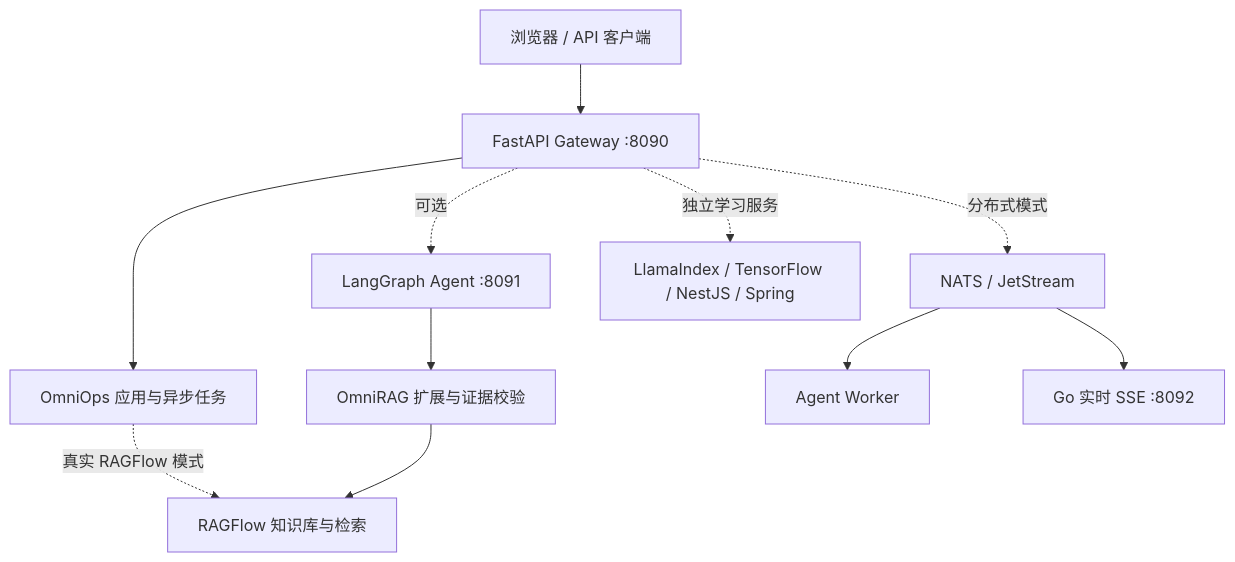
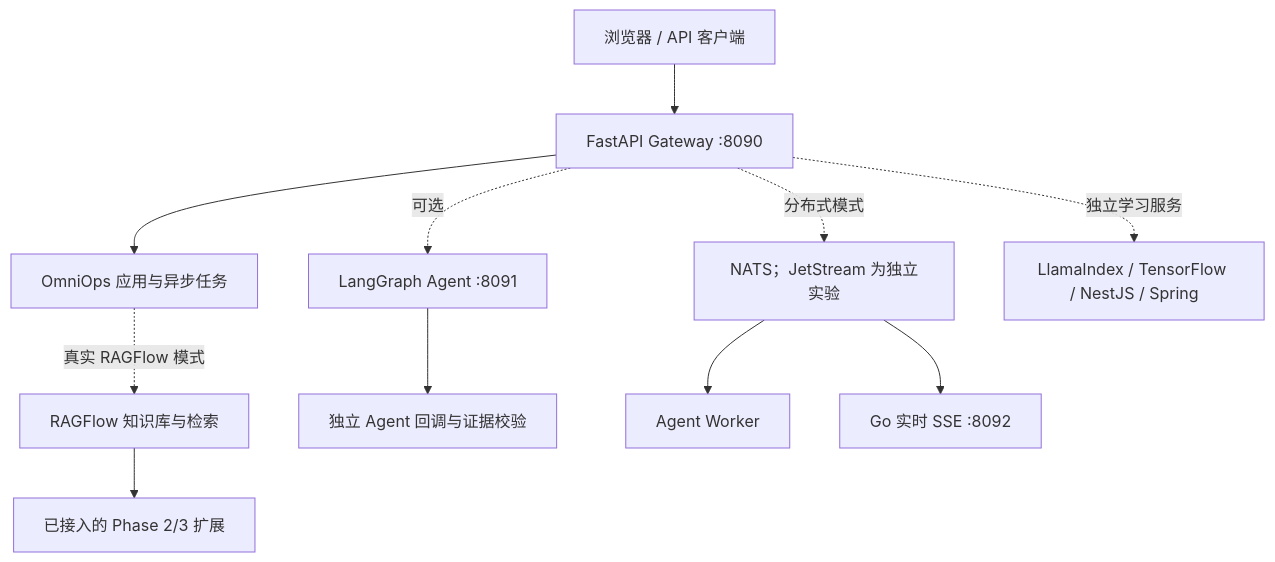
Before and after one commit to ytt070666/OmniForge-AI: the diagram in README.md, drawn with Mermaid. The commit also changed other lines of this file, not shown here.

````diff
--- a/README.md
+++ b/README.md
@@ -35,13 +53,13 @@
 ```mermaid
 flowchart TD
     U[浏览器 / API 客户端] --> G[FastAPI Gateway :8090]
     G --> O[OmniOps 应用与异步任务]
     G -. 可选 .-> A[LangGraph Agent :8091]
     O -. 真实 RAGFlow 模式 .-> R[RAGFlow 知识库与检索]
-    A --> E[OmniRAG 扩展与证据校验]
-    E --> R
-    G -. 分布式模式 .-> N[NATS / JetStream]
+    A --> E[独立 Agent 回调与证据校验]
+    R --> X[已接入的 Phase 2/3 扩展]
+    G -. 分布式模式 .-> N[NATS；JetStream 为独立实验]
     N --> W[Agent Worker]
     N --> S[Go 实时 SSE :8092]
     G -. 独立学习服务 .-> L[LlamaIndex / TensorFlow / NestJS / Spring]
 ```
````
